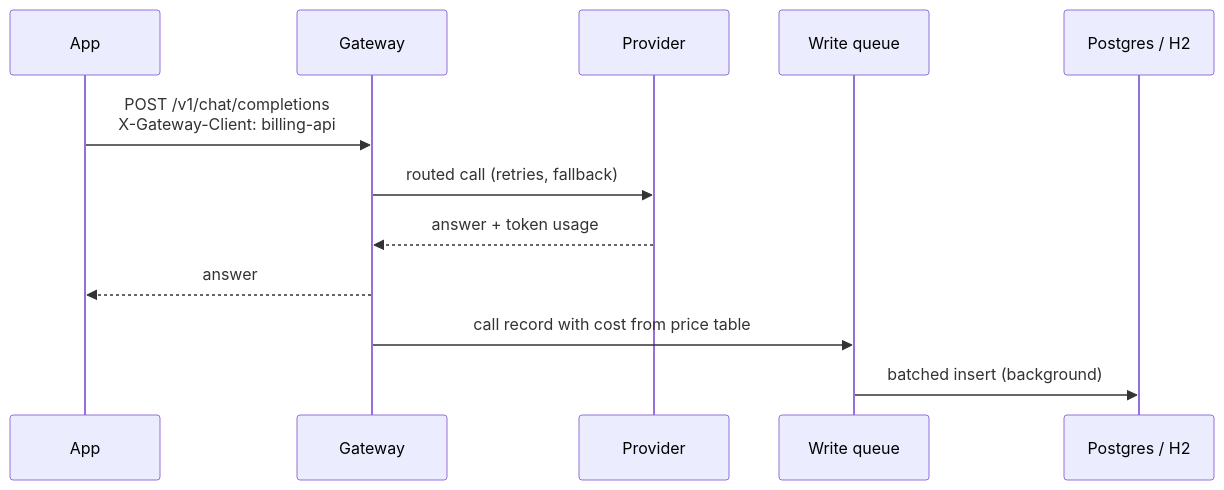
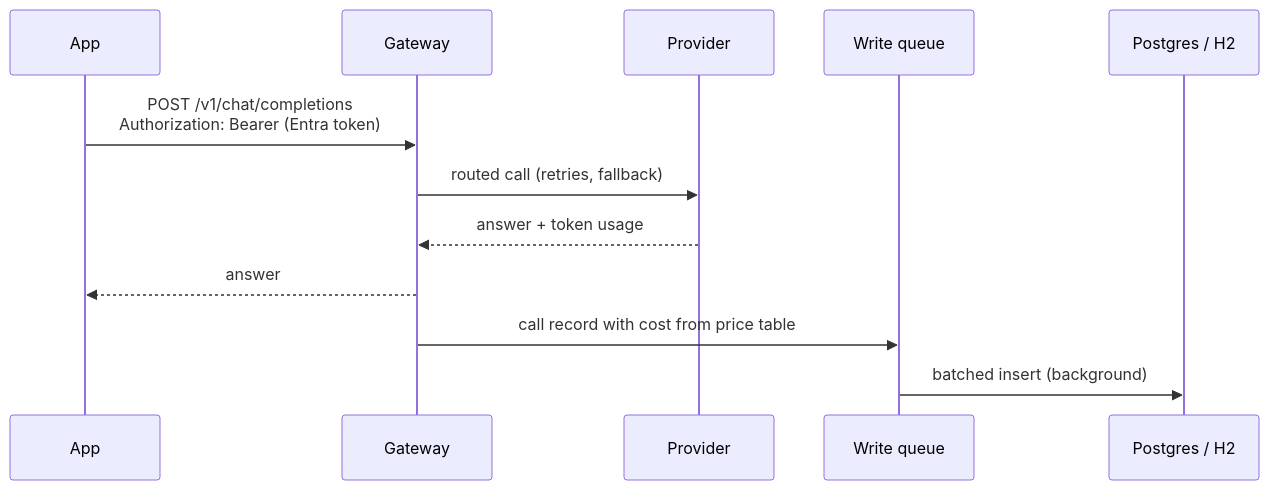
The first of 3 diagrams in docs/tracking.md (rmkr-dev/rag-eval-gateway), drawn with Mermaid before and after one commit. The commit also changed other lines of this file and 5 other files, not shown here.

````diff
--- a/docs/tracking.md
+++ b/docs/tracking.md
@@ -6,14 +6,14 @@
 ```mermaid
 sequenceDiagram
     participant App
     participant GW as Gateway
     participant P as Provider
     participant Q as Write queue
     participant DB as Postgres / H2
-    App->>GW: POST /v1/chat/completions<br/>X-Gateway-Client: billing-api
+    App->>GW: POST /v1/chat/completions<br/>Authorization: Bearer (Entra token)
     GW->>P: routed call (retries, fallback)
     P-->>GW: answer + token usage
     GW-->>App: answer
     GW->>Q: call record with cost from price table
     Q->>DB: batched insert (background)
 ```
````
